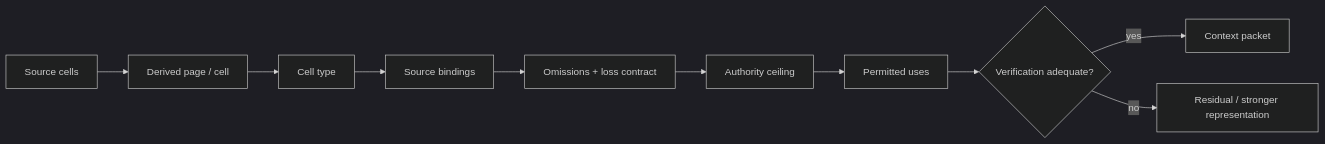
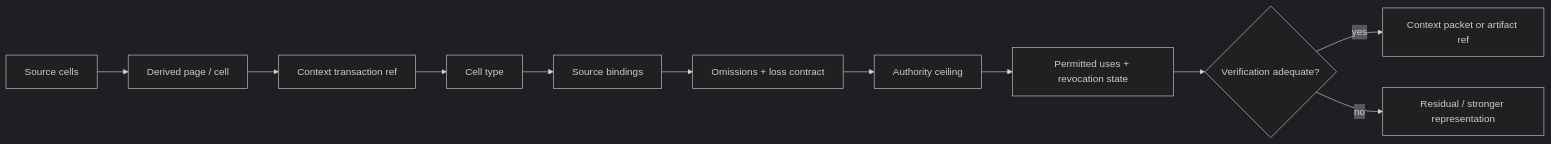
One commit to corbensorenson/asi-stack-book changed the diagram in chapters/semantic-pages-context-cells-and-certificates.qmd. Above: the diagram before and after it, drawn with Mermaid (dark theme). The commit also changed other lines of this file and 12 other files, not shown here.

Commit message:
Strengthen context artifact continuity gates

````diff
--- a/chapters/semantic-pages-context-cells-and-certificates.qmd
+++ b/chapters/semantic-pages-context-cells-and-certificates.qmd
@@ -93,12 +93,13 @@
 ```{mermaid}
 flowchart LR
   A["Source cells"] --> B["Derived page / cell"]
-  B --> C["Cell type"]
-  C --> D["Source bindings"]
-  D --> E["Omissions + loss contract"]
-  E --> F["Authority ceiling"]
-  F --> G["Permitted uses"]
-  G --> H{"Verification adequate?"}
-  H -- "yes" --> I["Context packet"]
-  H -- "no" --> J["Residual / stronger representation"]
+  B --> C["Context transaction ref"]
+  C --> D["Cell type"]
+  D --> E["Source bindings"]
+  E --> F["Omissions + loss contract"]
+  F --> G["Authority ceiling"]
+  G --> H["Permitted uses + revocation state"]
+  H --> I{"Verification adequate?"}
+  I -- "yes" --> J["Context packet or artifact ref"]
+  I -- "no" --> K["Residual / stronger representation"]
 ```
````
